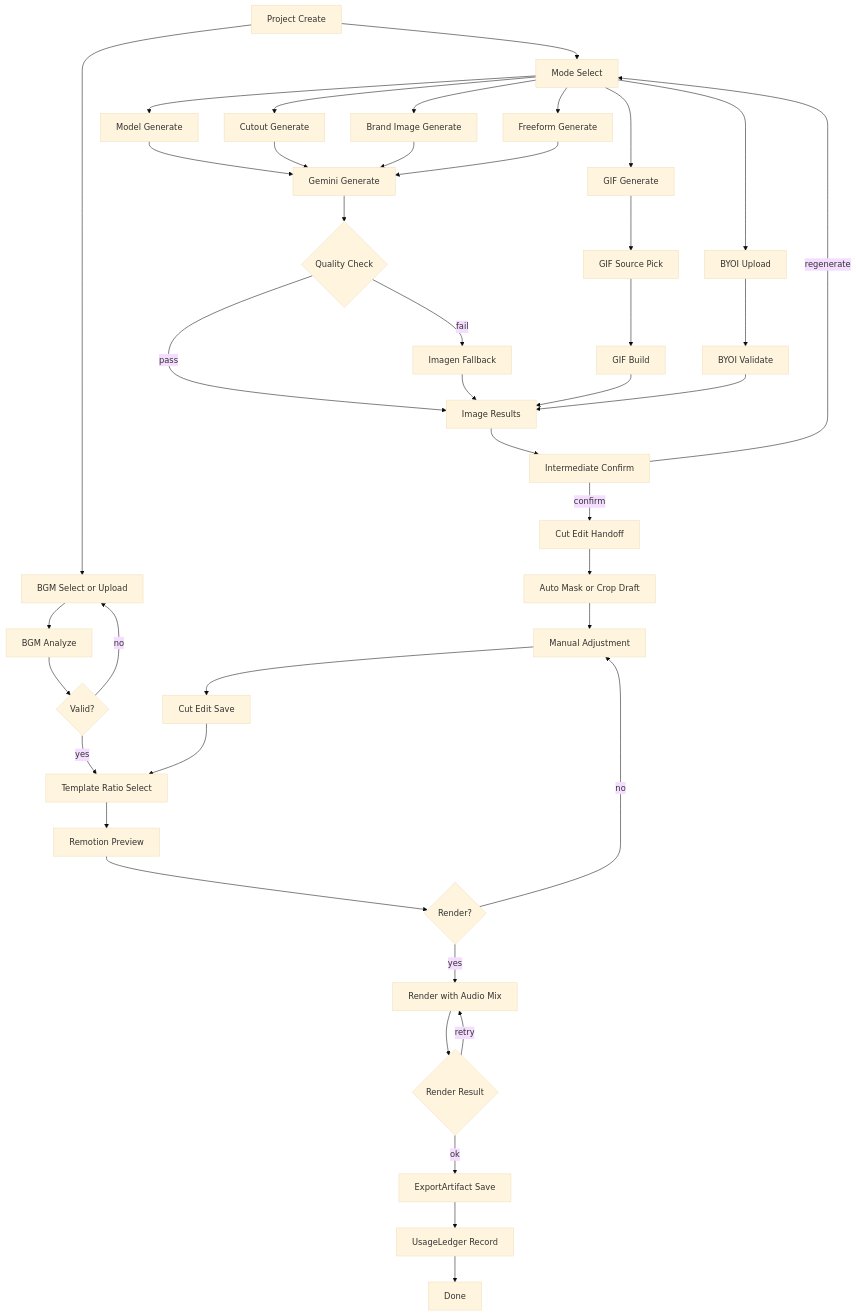
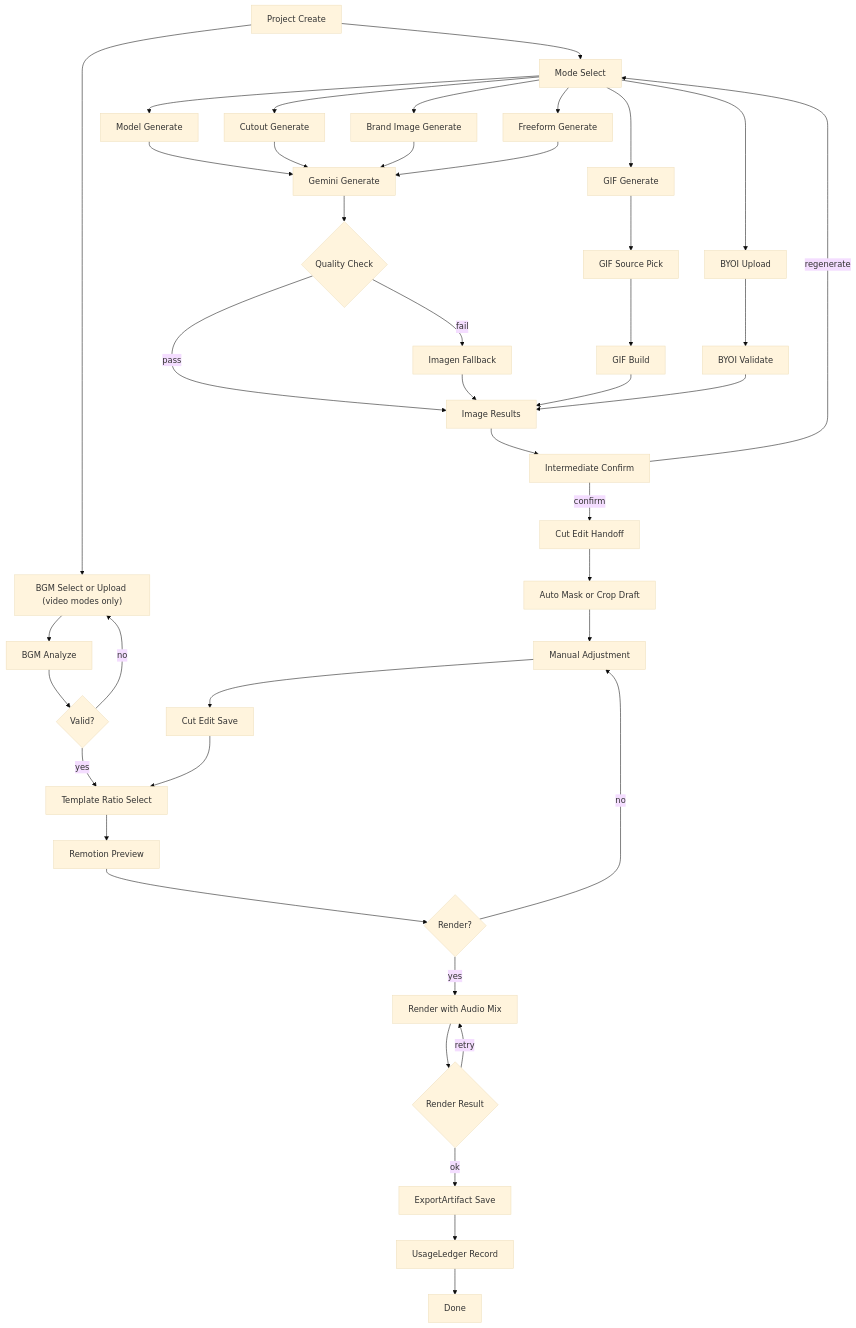
The diagram in docs/ref/WIREFRAME-NODE-BYOI.md (kimjuyoung1127/takdi), drawn with Mermaid (base theme) before and after one commit. The commit also changed other lines of this file and 22 other files, not shown here.

````diff
--- a/docs/ref/WIREFRAME-NODE-BYOI.md
+++ b/docs/ref/WIREFRAME-NODE-BYOI.md
@@ -58,45 +106,45 @@
 ```mermaid
 flowchart TD
   A["Project Create"] --> B["Mode Select"]
-  A --> M0["BGM Select or Upload"]
+  A --> M0["BGM Select or Upload (video modes only)"]
 
   B --> B1["Model Generate"]
   B --> B2["Cutout Generate"]
   B --> B3["Brand Image Generate"]
   B --> B4["GIF Generate"]
   B --> B5["Freeform Generate"]
   B --> B6["BYOI Upload"]
 
   B1 --> C["Gemini Generate"]
   B2 --> C
   B3 --> C
   B5 --> C
   C --> CQ{"Quality Check"}
   CQ -->|"pass"| D["Image Results"]
   CQ -->|"fail"| C2["Imagen Fallback"]
   C2 --> D
 
   B4 --> G0["GIF Source Pick"] --> G1["GIF Build"] --> D
   B6 --> V0["BYOI Validate"] --> D
 
   D --> E["Intermediate Confirm"]
   E -->|"regenerate"| B
   E -->|"confirm"| F["Cut Edit Handoff"]
 
   F --> F1["Auto Mask or Crop Draft"] --> F2["Manual Adjustment"] --> F3["Cut Edit Save"]
 
   M0 --> M1["BGM Analyze"] --> M2{"Valid?"}
   M2 -->|"no"| M0
   M2 -->|"yes"| R0["Template Ratio Select"]
 
   F3 --> R0
   R0 --> R1["Remotion Preview"]
   R1 --> R2{"Render?"}
   R2 -->|"no"| F2
   R2 -->|"yes"| R3["Render with Audio Mix"]
 
   R3 --> R4{"Render Result"}
   R4 -->|"ok"| X["ExportArtifact Save"]
   R4 -->|"retry"| R3
   X --> U["UsageLedger Record"] --> Z["Done"]
 ```
````
